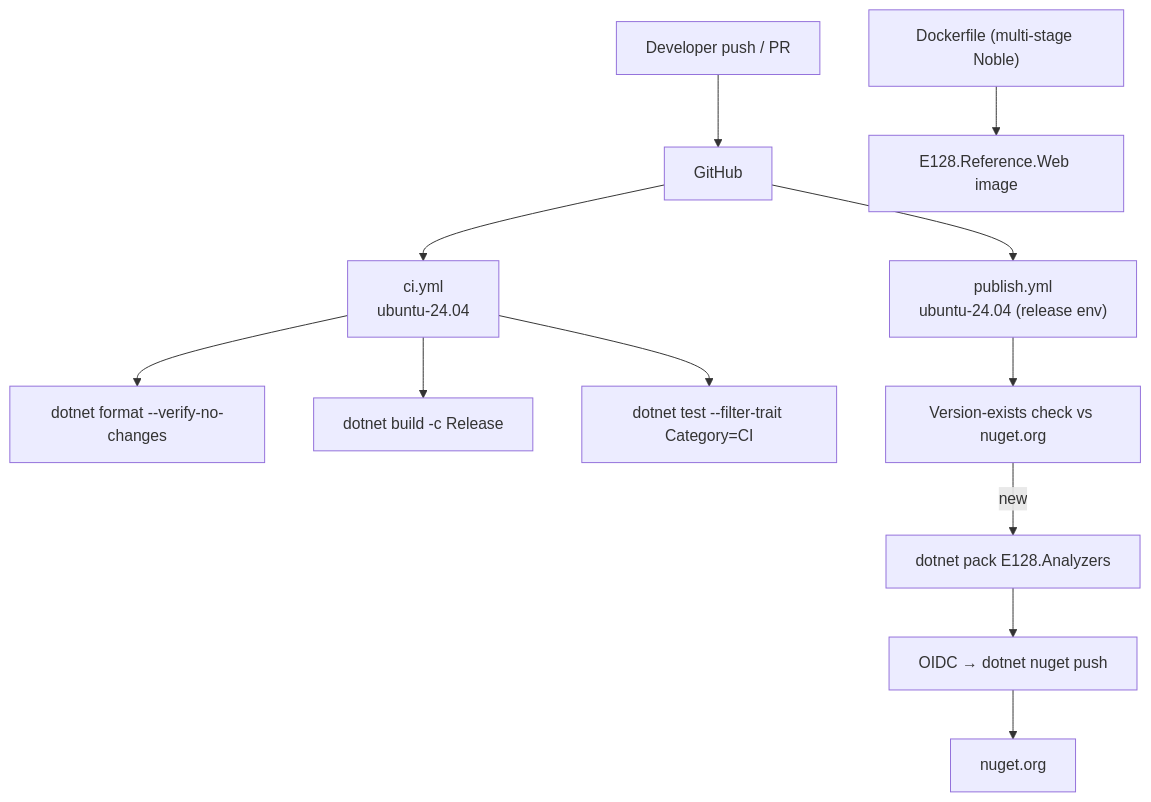
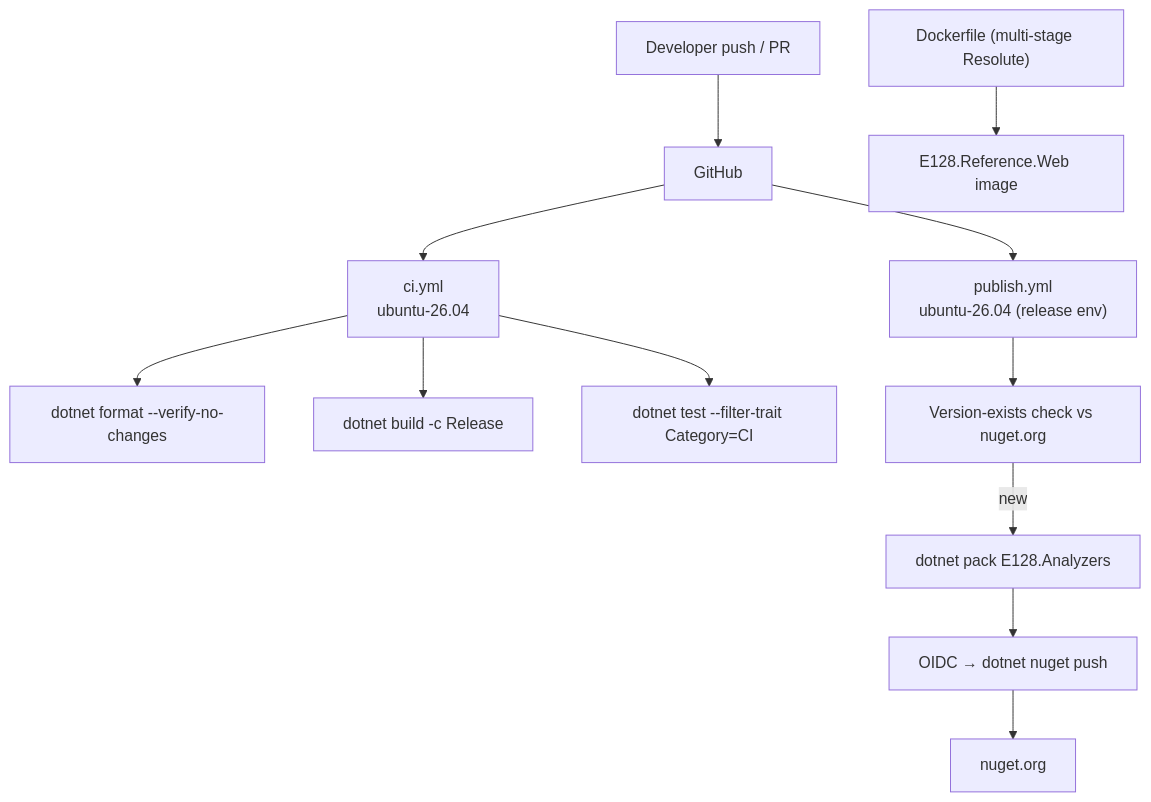
One commit to e128/dotnet-reference changed the first of 2 diagrams in docs/architecture/deployment.md. Above: the diagram before and after it, drawn with Mermaid. The commit also changed other lines of this file and 25 other files, not shown here.

First line of the commit message:
chore(ci): add gitleaks scan, move to Ubuntu 26.04 Resolute, bump packages

````diff
--- a/docs/architecture/deployment.md
+++ b/docs/architecture/deployment.md
@@ -11,14 +11,14 @@
 ```mermaid
 graph TB
   dev["Developer push / PR"] --> gh["GitHub"]
-  gh --> ci["ci.yml<br/>ubuntu-24.04"]
-  gh --> pub["publish.yml<br/>ubuntu-24.04 (release env)"]
+  gh --> ci["ci.yml<br/>ubuntu-26.04"]
+  gh --> pub["publish.yml<br/>ubuntu-26.04 (release env)"]
   ci --> fmt["dotnet format --verify-no-changes"]
   ci --> bld["dotnet build -c Release"]
   ci --> tst["dotnet test --filter-trait Category=CI"]
   pub --> gate["Version-exists check vs nuget.org"]
   gate -->|new| pack["dotnet pack E128.Analyzers"]
   pack --> push["OIDC → dotnet nuget push"]
   push --> ngorg["nuget.org"]
-  docker["Dockerfile (multi-stage Noble)"] --> img["E128.Reference.Web image"]
+  docker["Dockerfile (multi-stage Resolute)"] --> img["E128.Reference.Web image"]
 ```
````
